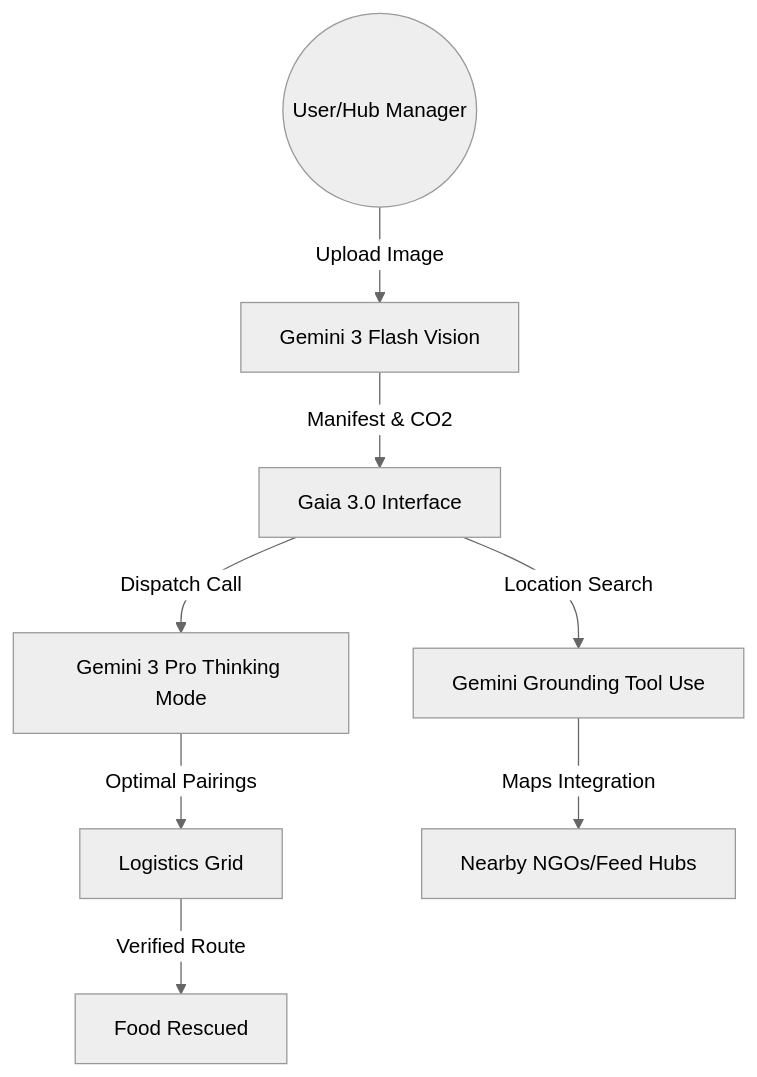
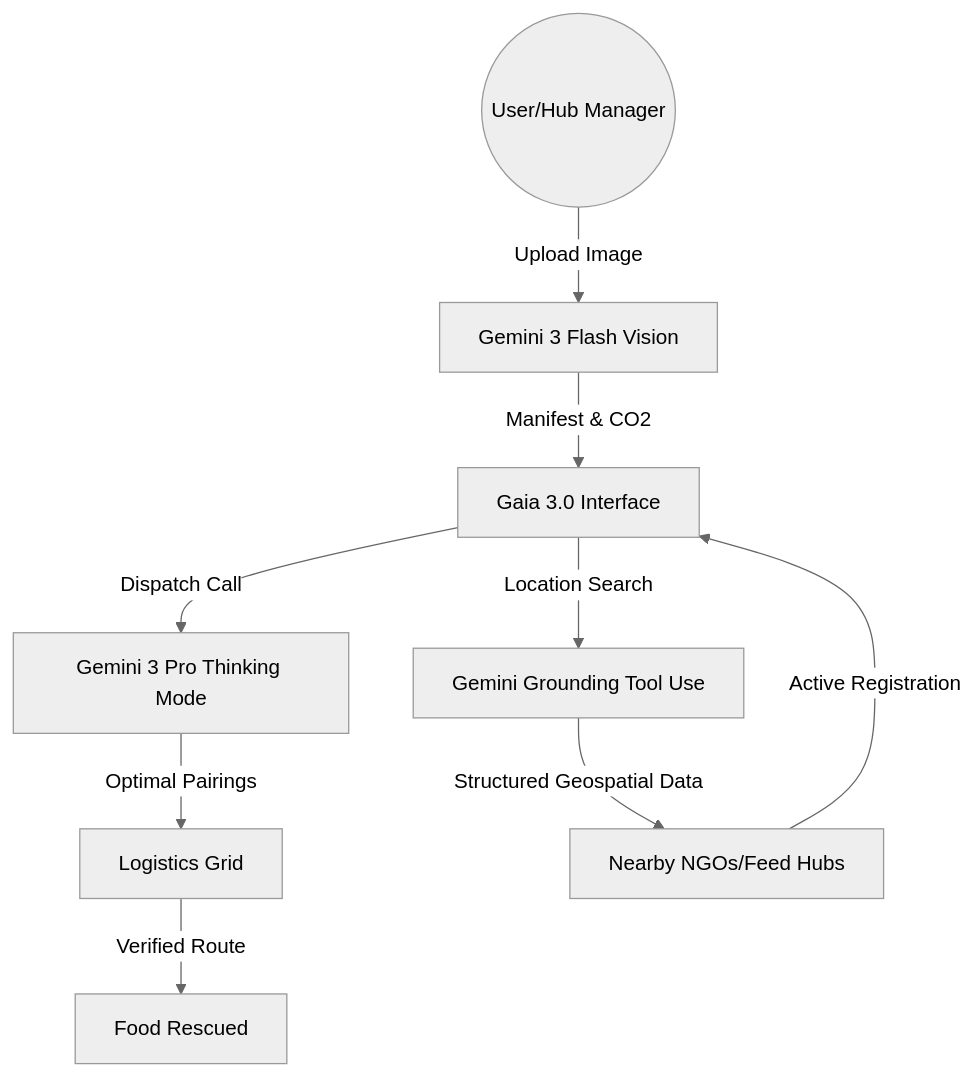
Before and after one commit to xaskoiking/Global-AI-Inventory-Allocation-: the diagram in SUBMISSION.md, drawn with Mermaid (neutral theme). The commit also changed other lines of this file and 5 other files, not shown here.

Commit message:
feat: implement map grounding for discovered hubs and update documentation

````diff
--- a/SUBMISSION.md
+++ b/SUBMISSION.md
@@ -18,13 +18,14 @@
 ```mermaid
 graph TD
     User((User/Hub Manager)) -->|Upload Image| Flash[Gemini 3 Flash Vision]
     Flash -->|Manifest & CO2| App[Gaia 3.0 Interface]
     
     App -->|Dispatch Call| Thinking[Gemini 3 Pro Thinking Mode]
     Thinking -->|Optimal Pairings| Logistics[Logistics Grid]
     
     App -->|Location Search| Grounding[Gemini Grounding Tool Use]
-    Grounding -->|Maps Integration| Nearby[Nearby NGOs/Feed Hubs]
+    Grounding -->|Structured Geospatial Data| Nearby[Nearby NGOs/Feed Hubs]
+    Nearby -->|Active Registration| App
     
     Logistics -->|Verified Route| Delivery[Food Rescued]
 ```
````
